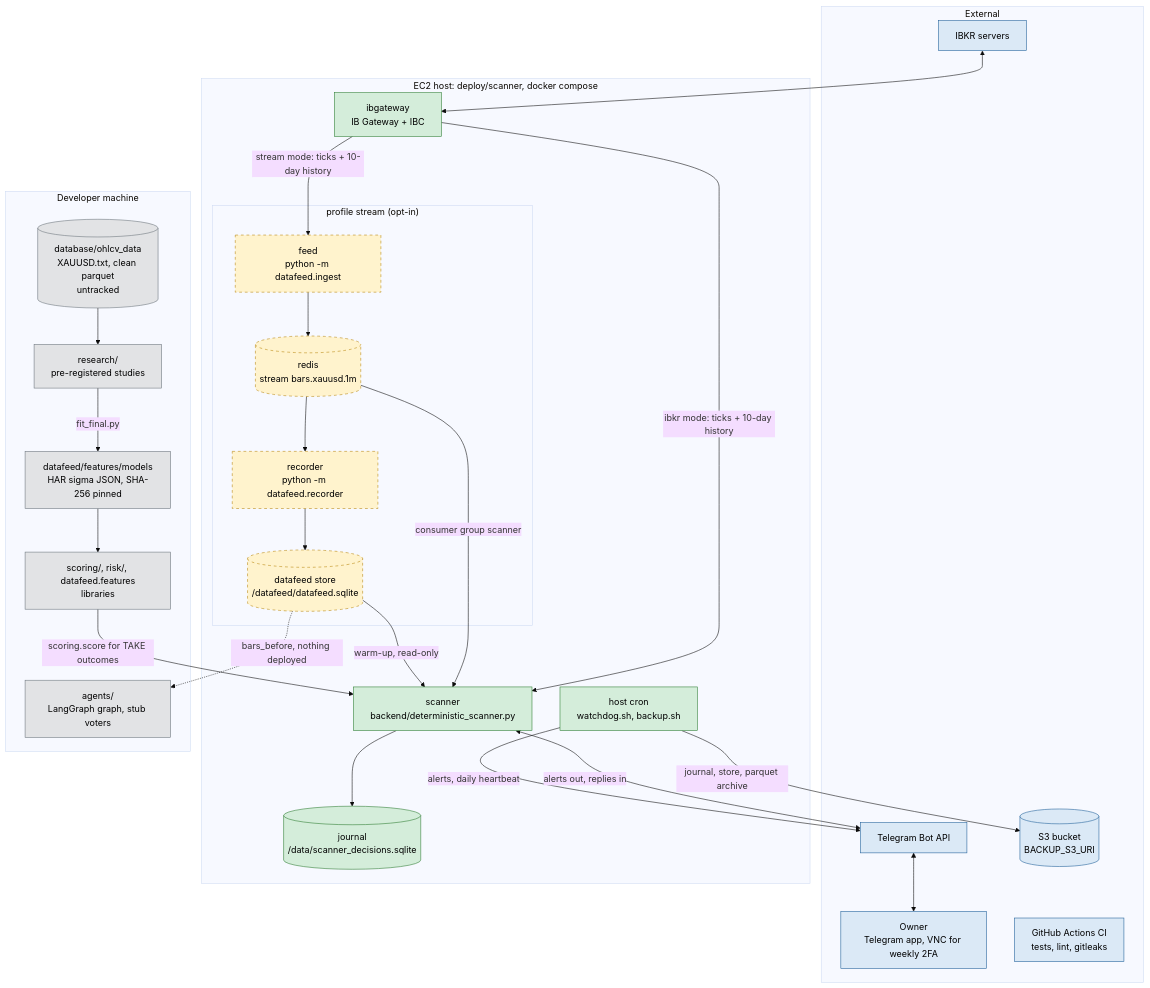
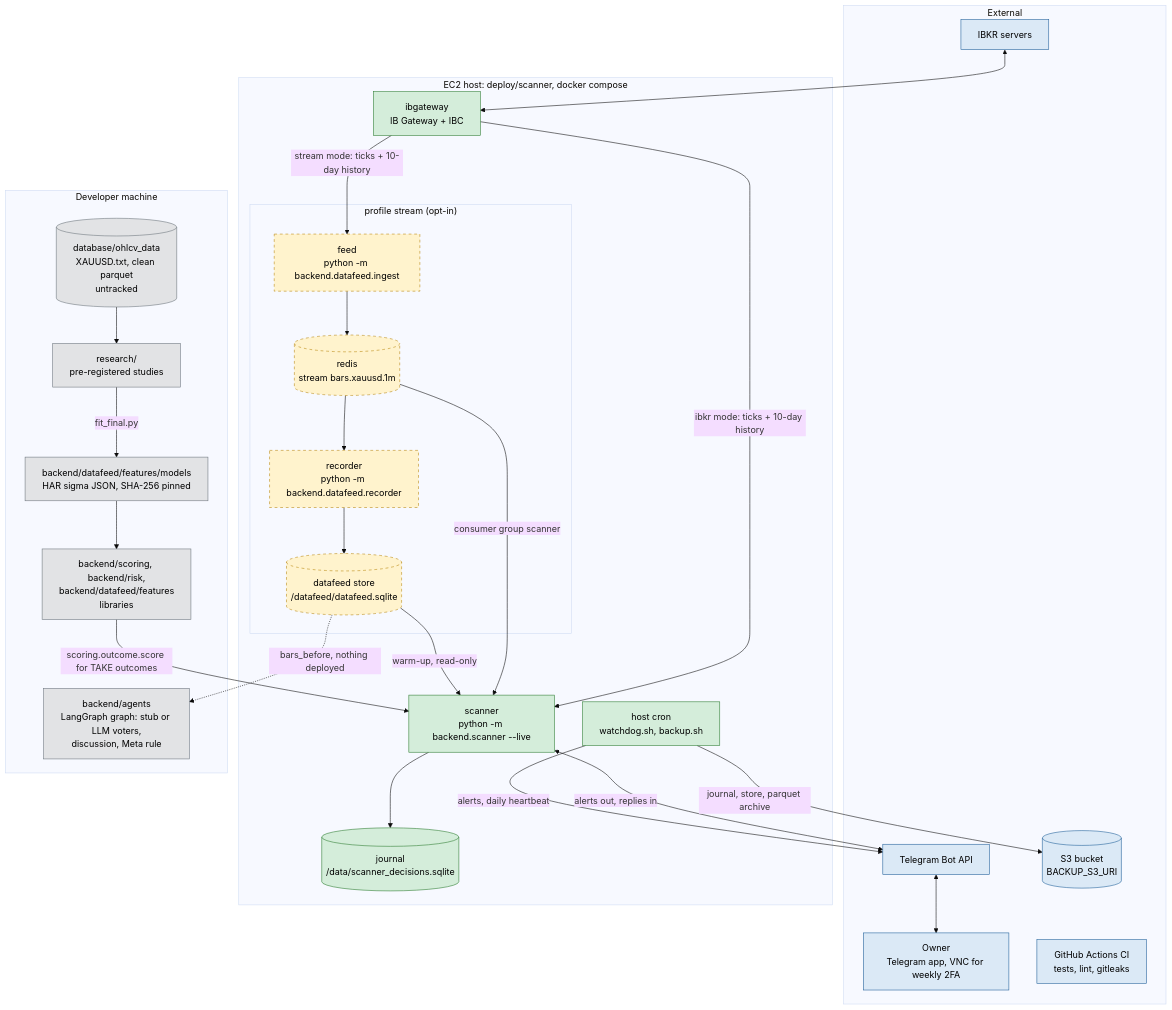
Before and after one commit to QBKFD/OPARLI-LLM-FORWARD: the second of 12 diagrams in docs/ARCHITECTURE_CURRENT.md, drawn with Mermaid (base theme). The commit also changed other lines of this file and 36 other files, not shown here.

````diff
--- a/docs/ARCHITECTURE_CURRENT.md
+++ b/docs/ARCHITECTURE_CURRENT.md
@@ -27,55 +82,55 @@
 ```mermaid
 flowchart TB
   subgraph EXT["External"]
     IBKR["IBKR servers"]
     TG["Telegram Bot API"]
     OWNER["Owner<br/>Telegram app, VNC for weekly 2FA"]
     S3[("S3 bucket<br/>BACKUP_S3_URI")]
     GH["GitHub Actions CI<br/>tests, lint, gitleaks"]
   end
 
   subgraph EC2["EC2 host: deploy/scanner, docker compose"]
     GW["ibgateway<br/>IB Gateway + IBC"]
-    SC["scanner<br/>backend/deterministic_scanner.py"]
+    SC["scanner<br/>python -m backend.scanner --live"]
     J[("journal<br/>/data/scanner_decisions.sqlite")]
     CRON["host cron<br/>watchdog.sh, backup.sh"]
     subgraph STREAM["profile stream (opt-in)"]
-      FEED["feed<br/>python -m datafeed.ingest"]
+      FEED["feed<br/>python -m backend.datafeed.ingest"]
       R[("redis<br/>stream bars.xauusd.1m")]
-      REC["recorder<br/>python -m datafeed.recorder"]
+      REC["recorder<br/>python -m backend.datafeed.recorder"]
       DS[("datafeed store<br/>/datafeed/datafeed.sqlite")]
     end
   end
 
   subgraph DEV["Developer machine"]
     DATA[("database/ohlcv_data<br/>XAUUSD.txt, clean parquet<br/>untracked")]
     RES["research/<br/>pre-registered studies"]
-    MODEL["datafeed/features/models<br/>HAR sigma JSON, SHA-256 pinned"]
-    LIB["scoring/, risk/, datafeed.features<br/>libraries"]
-    AG["agents/<br/>LangGraph graph, stub voters"]
+    MODEL["backend/datafeed/features/models<br/>HAR sigma JSON, SHA-256 pinned"]
+    LIB["backend/scoring, backend/risk,<br/>backend/datafeed/features<br/>libraries"]
+    AG["backend/agents<br/>LangGraph graph: stub or LLM voters,<br/>discussion, Meta rule"]
   end
 
   IBKR <--> GW
   GW -->|"ibkr mode: ticks + 10-day history"| SC
   GW -->|"stream mode: ticks + 10-day history"| FEED
   FEED --> R --> REC --> DS
   R -->|"consumer group scanner"| SC
   DS -->|"warm-up, read-only"| SC
   SC --> J
   SC <-->|"alerts out, replies in"| TG
   TG <--> OWNER
   CRON -->|"alerts, daily heartbeat"| TG
   CRON -->|"journal, store, parquet archive"| S3
   DATA --> RES -->|"fit_final.py"| MODEL --> LIB
-  LIB -->|"scoring.score for TAKE outcomes"| SC
+  LIB -->|"scoring.outcome.score for TAKE outcomes"| SC
   DS -.->|"bars_before, nothing deployed"| AG
 
   classDef prod fill:#d4edda,stroke:#2e7d32,color:#000
   classDef optin fill:#fff3cd,stroke:#b8860b,stroke-dasharray:5 5,color:#000
   classDef idle fill:#e2e3e5,stroke:#6c757d,color:#000
   classDef ext fill:#dbe9f6,stroke:#1f5f99,color:#000
   class GW,SC,J,CRON prod
   class FEED,R,REC,DS optin
   class DATA,RES,MODEL,LIB,AG idle
   class IBKR,TG,OWNER,S3,GH ext
 ```
````
